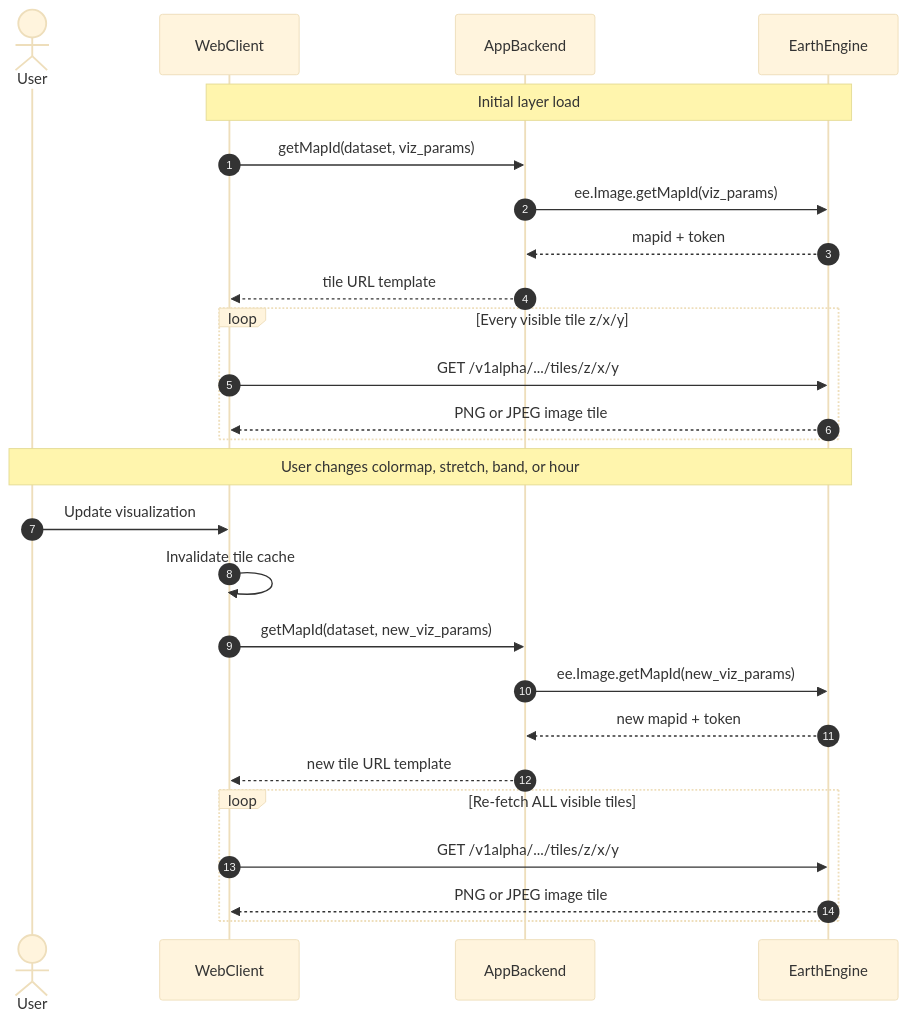
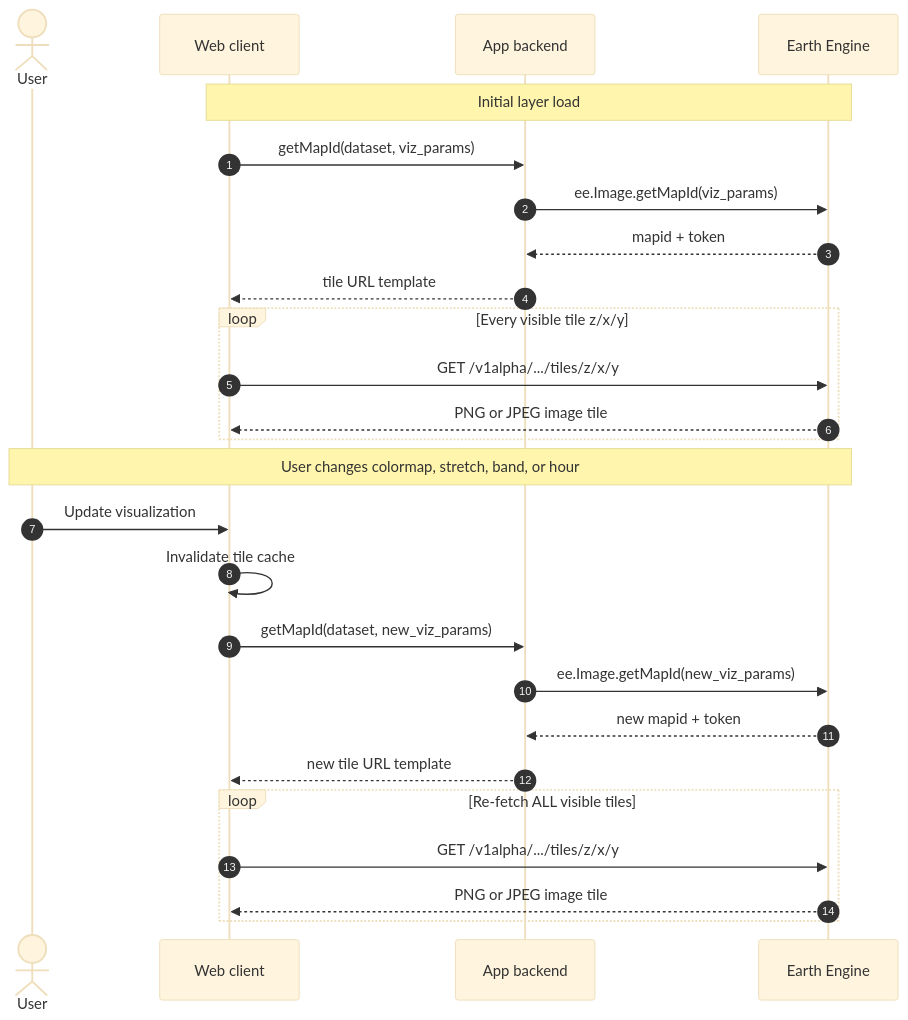
One commit to johnWilshire/gee_datatile changed the first of 2 diagrams in README.md. Above: the diagram before and after it, drawn with Mermaid (base theme). The commit also changed other lines of this file, not shown here.

Commit message:
readme update

````diff
--- a/README.md
+++ b/README.md
@@ -106,30 +106,30 @@
 ```mermaid
 sequenceDiagram
     autonumber
     actor User
-    participant Client as WebClient
-    participant AppServer as AppBackend
-    participant GEE as EarthEngine
+    participant WebClient as Web client
+    participant AppBackend as App backend
+    participant EarthEngine as Earth Engine
 
-    Note over Client,GEE: Initial layer load
-    Client->>AppServer: getMapId(dataset, viz_params)
-    AppServer->>GEE: ee.Image.getMapId(viz_params)
-    GEE-->>AppServer: mapid + token
-    AppServer-->>Client: tile URL template
+    Note over WebClient,EarthEngine: Initial layer load
+    WebClient->>AppBackend: getMapId(dataset, viz_params)
+    AppBackend->>EarthEngine: ee.Image.getMapId(viz_params)
+    EarthEngine-->>AppBackend: mapid + token
+    AppBackend-->>WebClient: tile URL template
     loop Every visible tile z/x/y
-        Client->>GEE: GET /v1alpha/.../tiles/z/x/y
-        GEE-->>Client: PNG or JPEG image tile
+        WebClient->>EarthEngine: GET /v1alpha/.../tiles/z/x/y
+        EarthEngine-->>WebClient: PNG or JPEG image tile
     end
 
-    Note over User,GEE: User changes colormap, stretch, band, or hour
-    User->>Client: Update visualization
-    Client->>Client: Invalidate tile cache
-    Client->>AppServer: getMapId(dataset, new_viz_params)
-    AppServer->>GEE: ee.Image.getMapId(new_viz_params)
-    GEE-->>AppServer: new mapid + token
-    AppServer-->>Client: new tile URL template
+    Note over User,EarthEngine: User changes colormap, stretch, band, or hour
+    User->>WebClient: Update visualization
+    WebClient->>WebClient: Invalidate tile cache
+    WebClient->>AppBackend: getMapId(dataset, new_viz_params)
+    AppBackend->>EarthEngine: ee.Image.getMapId(new_viz_params)
+    EarthEngine-->>AppBackend: new mapid + token
+    AppBackend-->>WebClient: new tile URL template
     loop Re-fetch ALL visible tiles
-        Client->>GEE: GET /v1alpha/.../tiles/z/x/y
-        GEE-->>Client: PNG or JPEG image tile
+        WebClient->>EarthEngine: GET /v1alpha/.../tiles/z/x/y
+        EarthEngine-->>WebClient: PNG or JPEG image tile
     end
 ```
````
